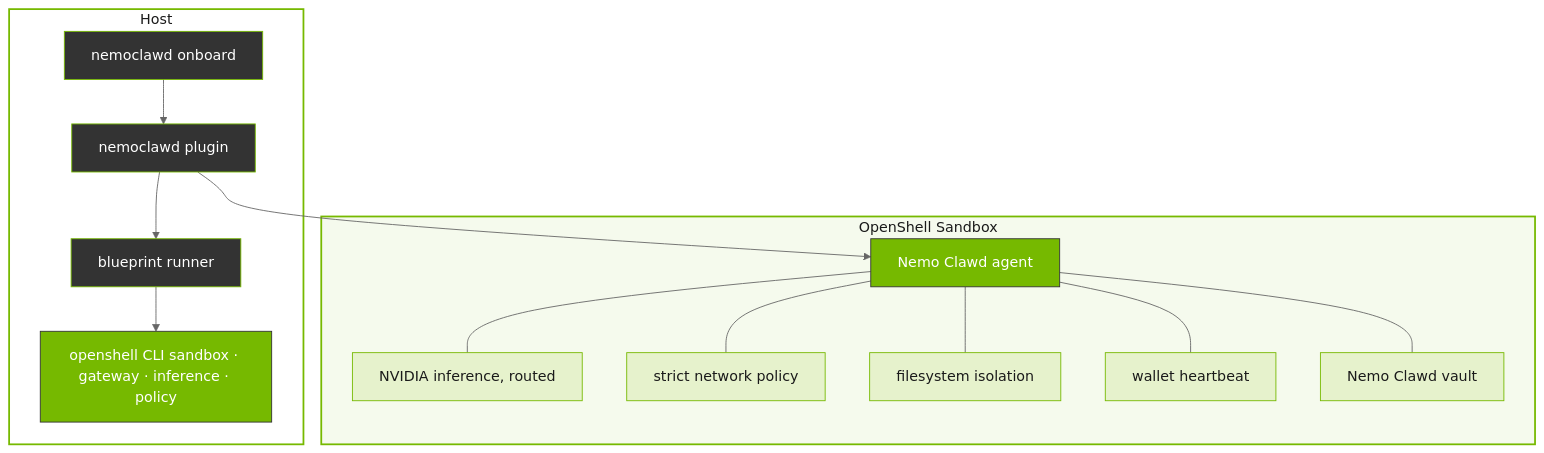
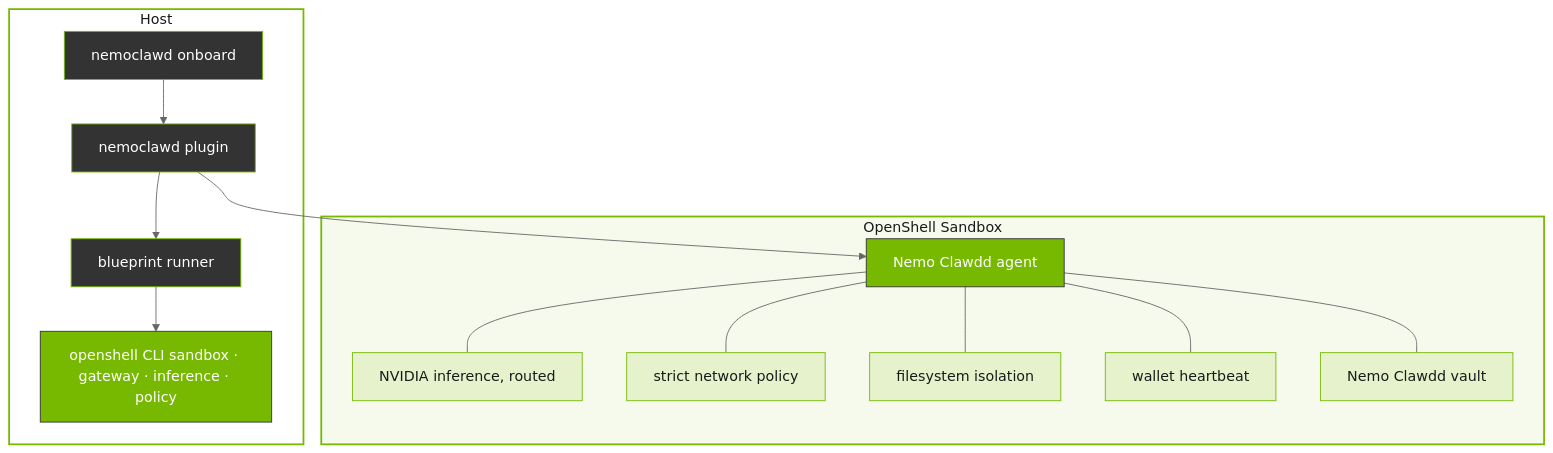
The diagram in docs/about/how-it-works.md (Solizardking/nemo-clawd), drawn with Mermaid (neutral theme) before and after one commit. The commit also changed other lines of this file and 82 other files, not shown here.

````diff
--- a/docs/about/how-it-works.md
+++ b/docs/about/how-it-works.md
@@ -31,42 +31,42 @@
 ```{mermaid}
 flowchart TB
     subgraph Host
         CMD["nemoclawd onboard "]
         PLUGIN[nemoclawd plugin]
         BLUEPRINT[blueprint runner]
         CLI["openshell CLI sandbox · gateway · inference · policy"]
 
         CMD --> PLUGIN
         PLUGIN --> BLUEPRINT
         BLUEPRINT --> CLI
     end
 
     subgraph Sandbox["OpenShell Sandbox"]
-        AGENT[Nemo Clawd agent]
+        AGENT[Nemo Clawdd agent]
         INF[NVIDIA inference, routed]
         NET[strict network policy]
         FS[filesystem isolation]
         HEART[wallet heartbeat]
-        VAULT[Nemo Clawd vault]
+        VAULT[Nemo Clawdd vault]
 
         AGENT --- INF
         AGENT --- NET
         AGENT --- FS
         AGENT --- HEART
         AGENT --- VAULT
     end
 
     PLUGIN --> AGENT
 
     classDef nv fill:#76b900,stroke:#333,color:#fff
     classDef nvLight fill:#e6f2cc,stroke:#76b900,color:#1a1a1a
     classDef nvDark fill:#333,stroke:#76b900,color:#fff
 
     class CMD,PLUGIN,BLUEPRINT nvDark
     class CLI nv
     class AGENT nv
     class INF,NET,FS,HEART,VAULT nvLight
 
     style Host fill:none,stroke:#76b900,stroke-width:2px,color:#1a1a1a
     style Sandbox fill:#f5faed,stroke:#76b900,stroke-width:2px,color:#1a1a1a
 ```
````
